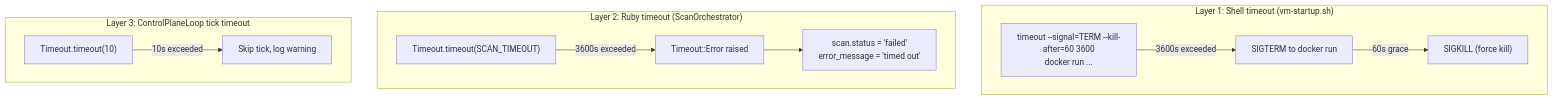
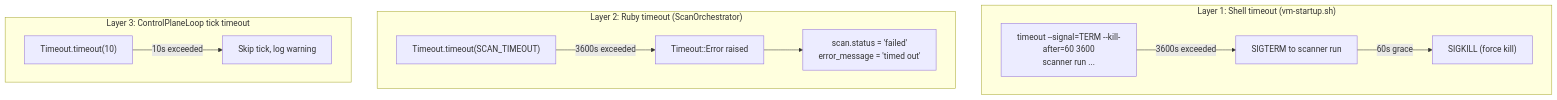
One commit to Peregrine-Technology-Systems/peregrine-penetrator-scanner changed diagram 23 of 23 in docs/ARCHITECTURE.md. Above: the diagram before and after it, drawn with Mermaid. The commit also changed other lines of this file and 15 other files, not shown here.

````diff
--- a/docs/ARCHITECTURE.md
+++ b/docs/ARCHITECTURE.md
@@ -957,19 +957,19 @@
 ```mermaid
 flowchart TD
     subgraph "Layer 1: Shell timeout (vm-startup.sh)"
-        ST["timeout --signal=TERM --kill-after=60 3600<br/>docker run ..."]
-        ST -->|"3600s exceeded"| TERM["SIGTERM to docker run"]
+        ST["timeout --signal=TERM --kill-after=60 3600<br/>scanner run ..."]
+        ST -->|"3600s exceeded"| TERM["SIGTERM to scanner run"]
         TERM -->|"60s grace"| KILL["SIGKILL (force kill)"]
     end
 
     subgraph "Layer 2: Ruby timeout (ScanOrchestrator)"
         RT["Timeout.timeout(SCAN_TIMEOUT)"]
         RT -->|"3600s exceeded"| Raise["Timeout::Error raised"]
         Raise --> Mark["scan.status = 'failed'<br/>error_message = 'timed out'"]
     end
 
     subgraph "Layer 3: ControlPlaneLoop tick timeout"
         TT["Timeout.timeout(10)"]
         TT -->|"10s exceeded"| SkipTick["Skip tick, log warning"]
     end
 ```
````
